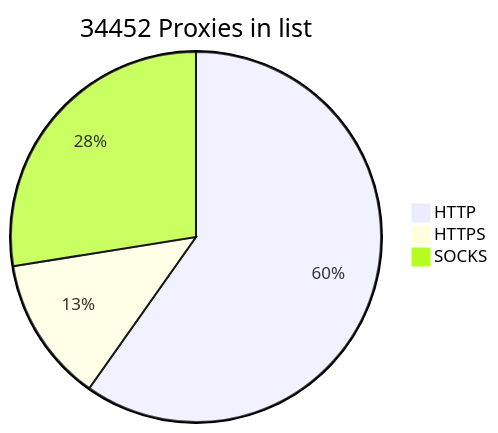
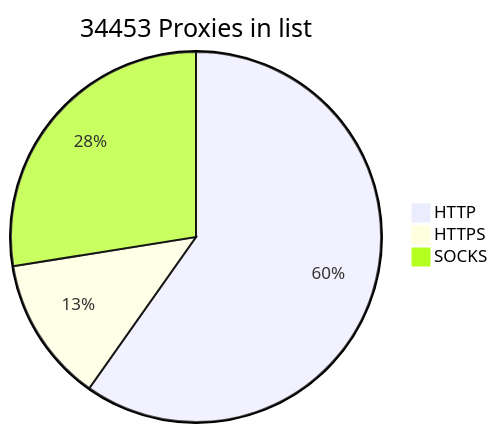
One commit to BlackSnowDot/proxylist-update-every-minute changed the diagram in README.md. Above: the diagram before and after it, drawn with Mermaid.

````diff
--- a/README.md
+++ b/README.md
@@ -2,6 +2,6 @@
 ```mermaid
-pie title 34452 Proxies in list
+pie title 34453 Proxies in list
     "HTTP" : 22838
-    "HTTPS": 4852
+    "HTTPS": 4853
     "SOCKS" : 10515
 ```
````
